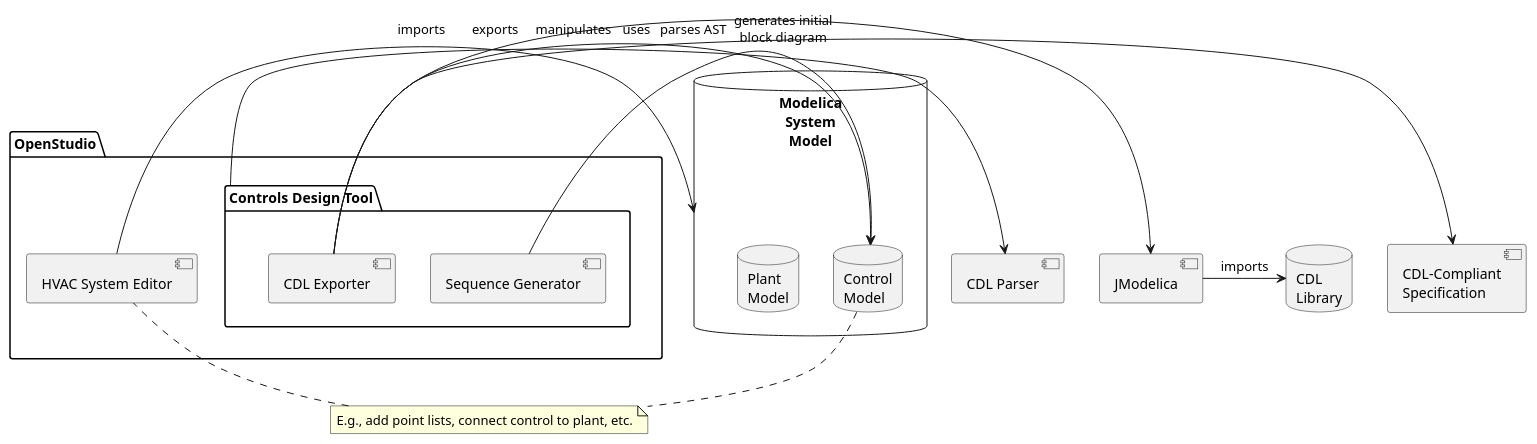
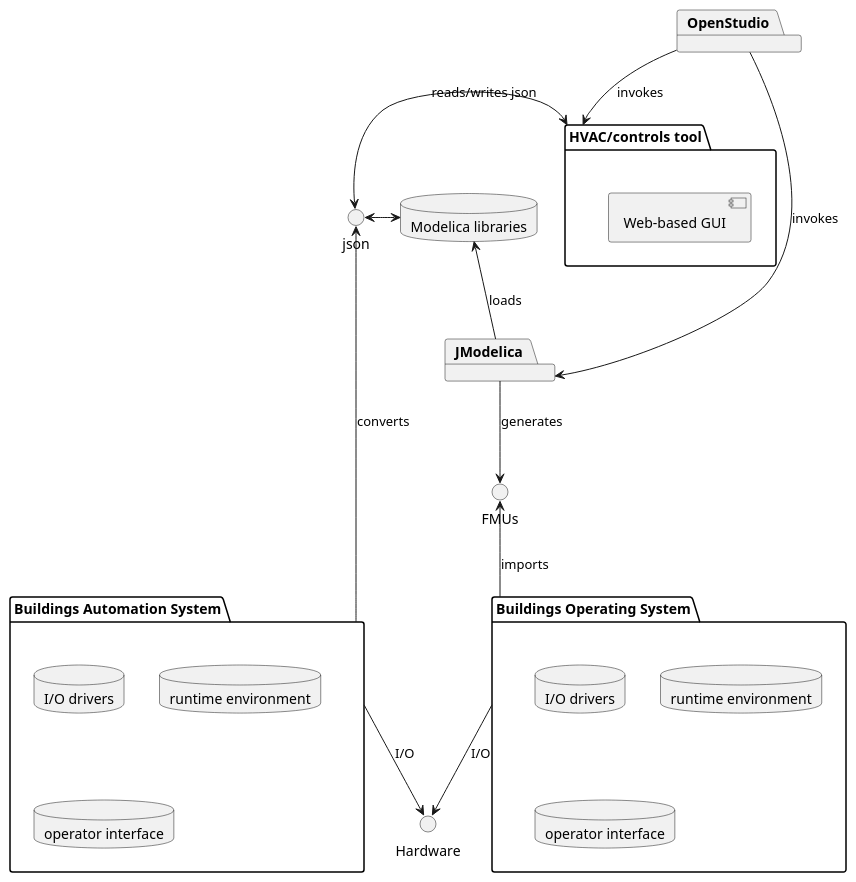
One commit to lbl-srg/obc changed the second of 4 diagrams in specification/source/softwareArchitecture.rst. Above: the diagram before and after it, drawn with PlantUML. The commit also changed other lines of this file and 2 other files, not shown here.

Commit message:
Updated architecture and code generation

```diff
--- a/specification/source/softwareArchitecture.rst
+++ b/specification/source/softwareArchitecture.rst
@@ -58,35 +60,53 @@
 .. uml::
    :caption: Overall software architecture of the Controls Design Tool.
 
    skinparam componentStyle uml2
 
+
    package OpenStudio {
-     [HVAC System Editor]
-     package "Controls Design Tool" as ctl_des {
-       [Sequence Generator]
-       [CDL Exporter]
-     }
    }
 
-   database "Modelica\nSystem\nModel" as sys_mod {
-      database "Control\nModel" as ol_ctr
-      database "Plant\nModel" as plt
+   package "HVAC/controls tool" as edi {
+     [Web-based GUI]
    }
 
-   database "CDL\nLibrary"
+   interface json as mod_jso_par
 
-   [CDL Parser]
-   ctl_des -r-> [CDL Parser]: uses
+   database "Modelica libraries" as mod_lib
 
-   [HVAC System Editor] -> sys_mod: manipulates
-   [Sequence Generator] -> ol_ctr: generates initial\nblock diagram
-   [CDL Exporter] -> [JModelica]: parses AST
+   edi <-> mod_jso_par : reads/writes json
 
-   [JModelica] -> [CDL\nLibrary]: imports
+   mod_jso_par <-> mod_lib
 
-   [CDL Exporter] -> [CDL-Compliant\nSpecification]: exports
-   [CDL Exporter] -> [ol_ctr]: imports
+   package JModelica {
+   }
 
-   note "E.g., add point lists, connect control to plant, etc." as ex_use
-   [ol_ctr] .. ex_use
-   ex_use .. [HVAC System Editor]
+   OpenStudio -d-> edi : invokes
+   OpenStudio -d-> JModelica : invokes
+
+   JModelica -u-> mod_lib: loads
+
+   interface FMUs
+
+   JModelica -d-> FMUs : generates
+
+   package "Buildings Operating System" as BOS {
+     database "I/O drivers" as dri2
+     database "runtime environment" as rte2
+     database "operator interface" as opi2
+   }
+
+   package "Buildings Automation System" as BAS {
+     database "I/O drivers" as dri1
+     database "runtime environment" as rte1
+     database "operator interface" as opi1
+   }
+
+   BAS -u-> mod_jso_par : converts
+
+   BOS -u-> FMUs : imports
+
+   interface Hardware
+
+   BOS -d-> Hardware : I/O
+   BAS -d-> Hardware : I/O
```
